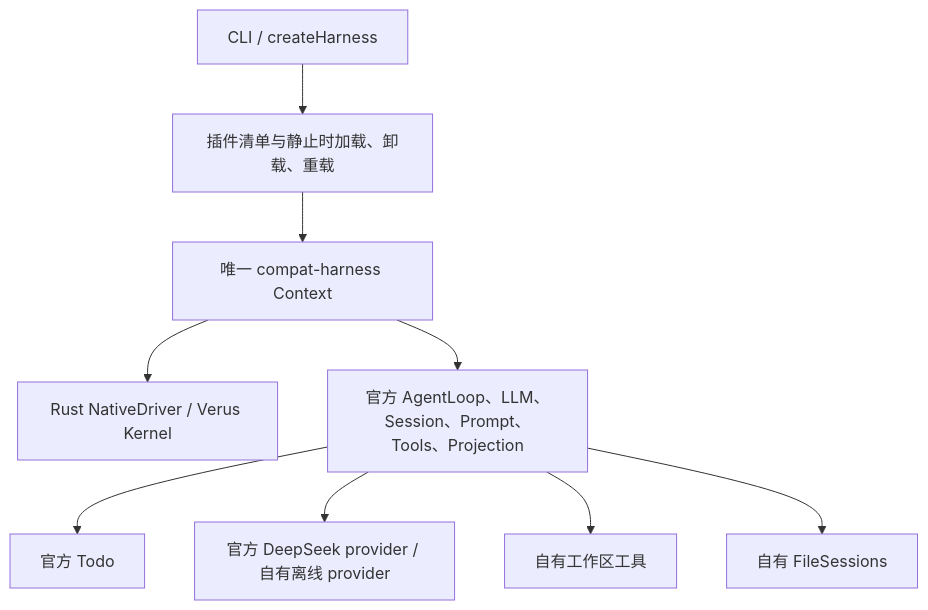
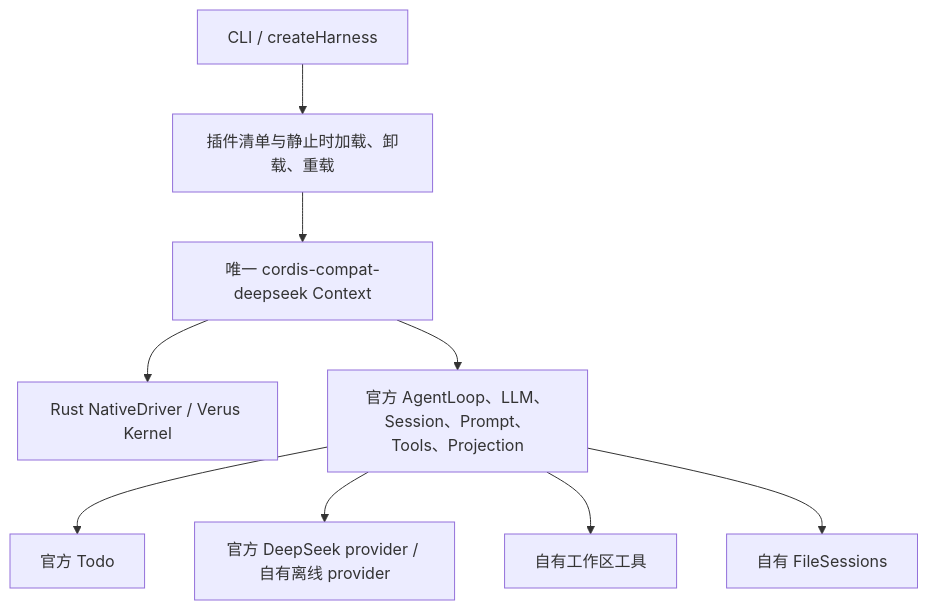
One commit to validation-engineering/harness-verus changed the diagram in docs/architecture.md. Above: the diagram before and after it, drawn with Mermaid. The commit also changed 81 other files, not shown here.

````diff
--- a/docs/architecture.md
+++ b/docs/architecture.md
@@ -3,11 +3,11 @@
 ```mermaid
 flowchart TD
   CLI[CLI / createHarness] --> Manager[插件清单与静止时加载、卸载、重载]
-  Manager --> Context[唯一 compat-harness Context]
+  Manager --> Context[唯一 cordis-compat-deepseek Context]
   Context --> Driver[Rust NativeDriver / Verus Kernel]
   Context --> Official[官方 AgentLoop、LLM、Session、Prompt、Tools、Projection]
   Official --> Todo[官方 Todo]
   Official --> Provider[官方 DeepSeek provider / 自有离线 provider]
   Official --> Workspace[自有工作区工具]
   Official --> Store[自有 FileSessions]
 ```
````
